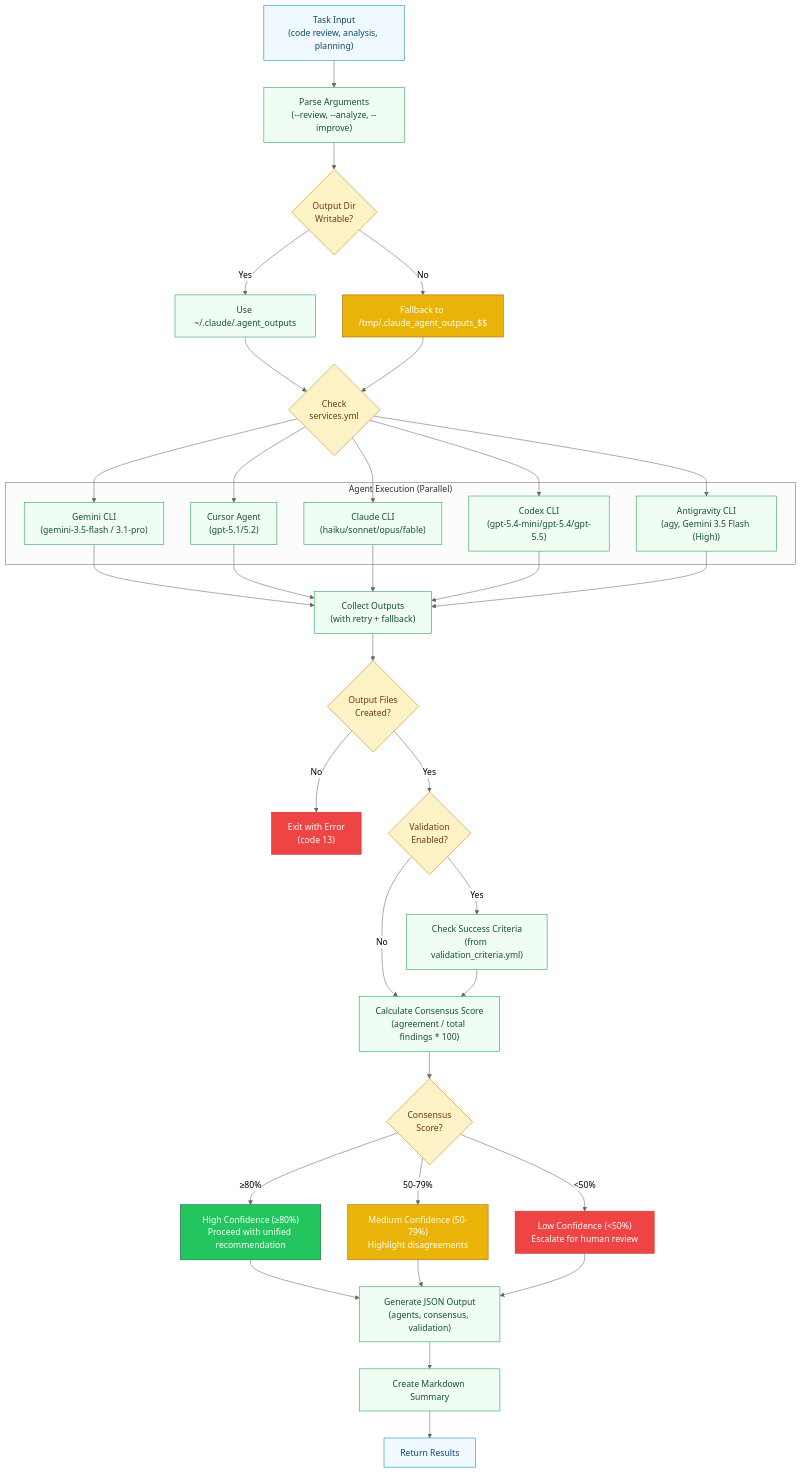
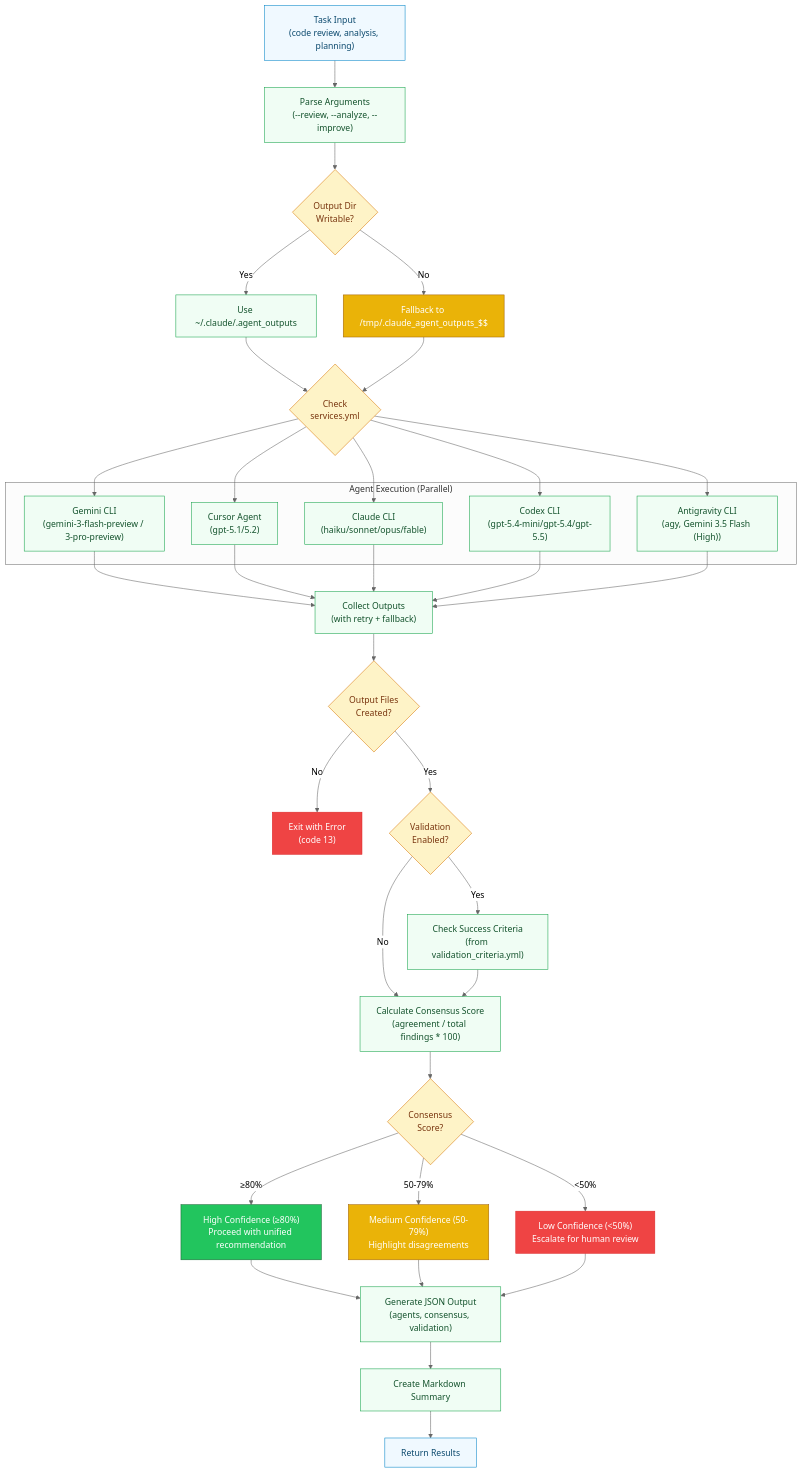
Before and after one commit to RB-chrismandich/Manifest: the sixth of 15 diagrams in docs/ARCHITECTURE_DIAGRAMS.md, drawn with Mermaid. The commit also changed 12 other files, not shown here.

```diff
--- a/docs/ARCHITECTURE_DIAGRAMS.md
+++ b/docs/ARCHITECTURE_DIAGRAMS.md
@@ -530,7 +530,7 @@
     CHECK_SERVICES{"Check<br/>services.yml"}:::decision
 
     subgraph "Agent Execution (Parallel)"
-        GEMINI_EXEC["Gemini CLI<br/>(gemini-3.5-flash / 3.1-pro)"]:::process
+        GEMINI_EXEC["Gemini CLI<br/>(gemini-3-flash-preview / 3-pro-preview)"]:::process
         CURSOR_EXEC["Cursor Agent<br/>(gpt-5.1/5.2)"]:::process
         CLAUDE_EXEC["Claude CLI<br/>(haiku/sonnet/opus/fable)"]:::process
         CODEX_EXEC["Codex CLI<br/>(gpt-5.4-mini/gpt-5.4/gpt-5.5)"]:::process
```
